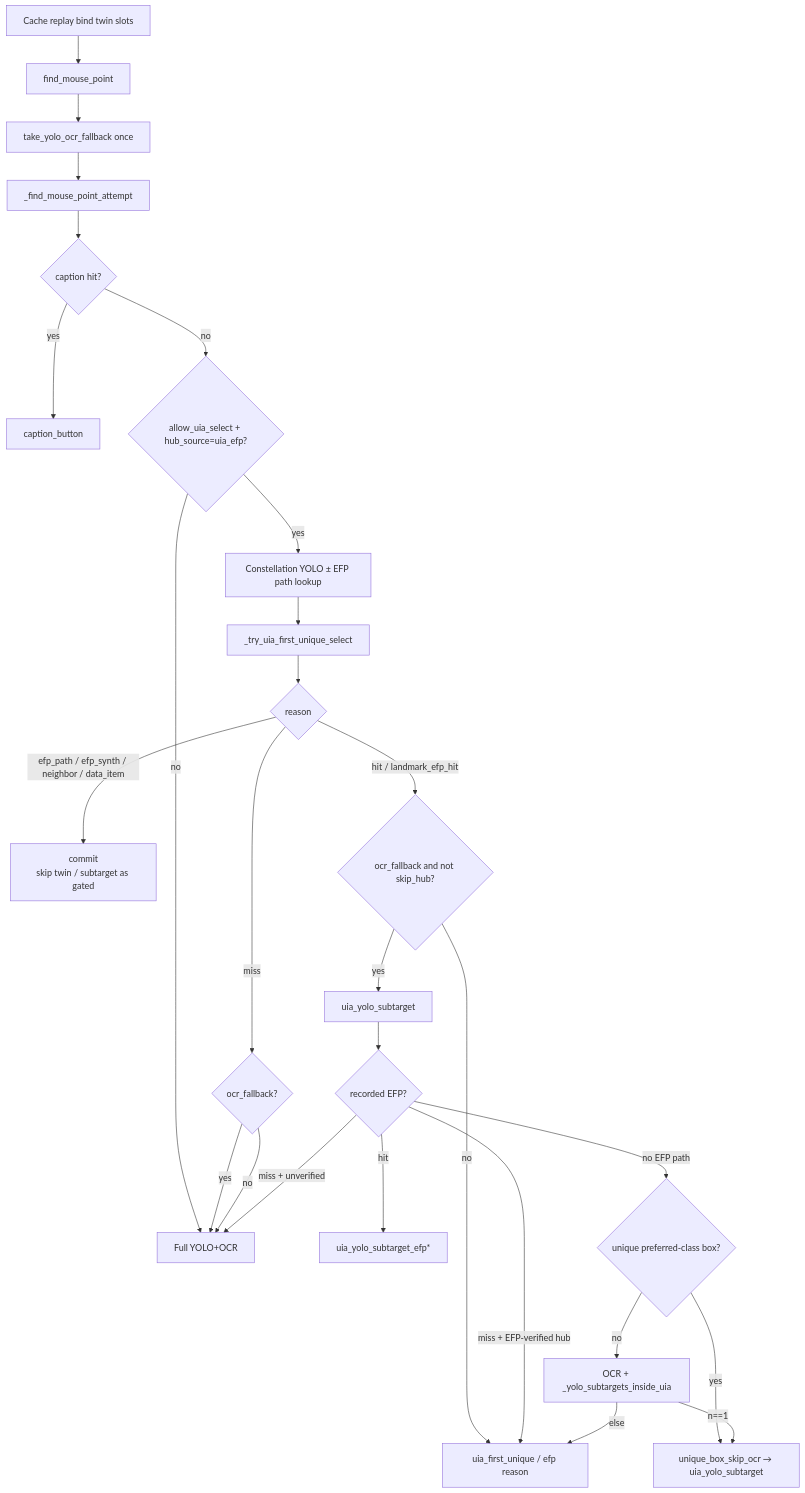
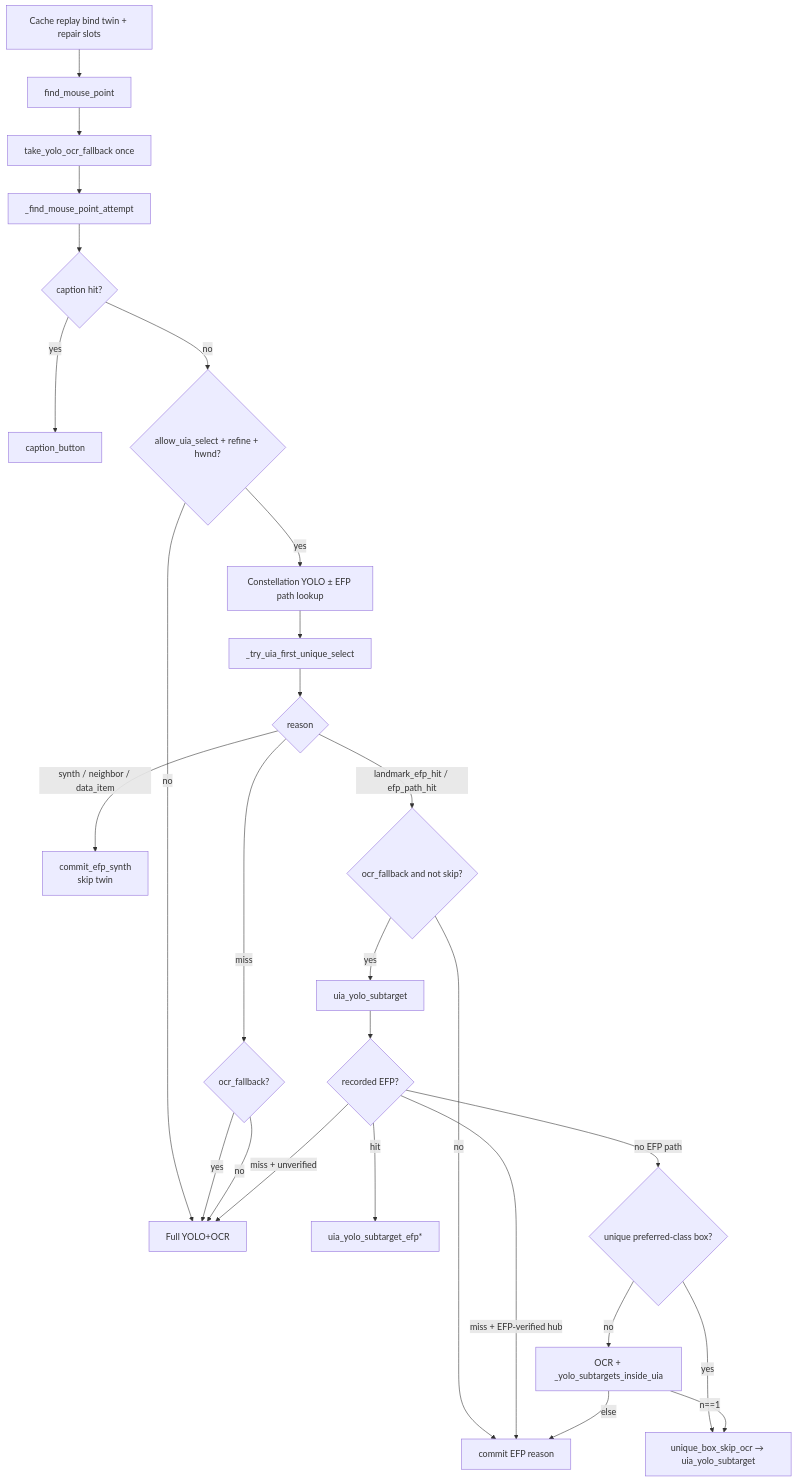
The first of 5 diagrams in docs/replay-flow.md (josephorng/QualityAssuranceAgent), drawn with Mermaid before and after one commit. The commit also changed other lines of this file and 7 other files, not shown here.

First line of the commit message:
Skip uniqueness-grow on UIA EFP hubs to fix Excel analysis stalls.

````diff
--- a/docs/replay-flow.md
+++ b/docs/replay-flow.md
@@ -11,29 +11,29 @@
 ```mermaid
 flowchart TD
-  A[Cache replay bind twin slots] --> B[find_mouse_point]
+  A[Cache replay bind twin + repair slots] --> B[find_mouse_point]
   B --> C[take_yolo_ocr_fallback once]
   C --> D[_find_mouse_point_attempt]
   D --> E{caption hit?}
   E -->|yes| CAP[caption_button]
-  E -->|no| F{allow_uia_select + hub_source=uia_efp?}
+  E -->|no| F{allow_uia_select + refine + hwnd?}
   F -->|no| Y[Full YOLO+OCR]
   F -->|yes| G[Constellation YOLO ± EFP path lookup]
   G --> H[_try_uia_first_unique_select]
   H --> I{reason}
-  I -->|efp_path / efp_synth / neighbor / data_item| J[commit<br/>skip twin / subtarget as gated]
-  I -->|hit / landmark_efp_hit| K{ocr_fallback and not skip_hub?}
+  I -->|synth / neighbor / data_item| J[commit_efp_synth<br/>skip twin]
+  I -->|landmark_efp_hit / efp_path_hit| K{ocr_fallback and not skip?}
   I -->|miss| L{ocr_fallback?}
-  K -->|no| M[uia_first_unique / efp reason]
+  K -->|no| M[commit EFP reason]
   K -->|yes| N[uia_yolo_subtarget]
   L -->|yes| Y
   L -->|no| Y
   N --> O{recorded EFP?}
   O -->|hit| P[uia_yolo_subtarget_efp*]
   O -->|miss + EFP-verified hub| M
   O -->|miss + unverified| Y
   O -->|no EFP path| Q{unique preferred-class box?}
   Q -->|yes| R[unique_box_skip_ocr → uia_yolo_subtarget]
   Q -->|no| S[OCR + _yolo_subtargets_inside_uia]
   S -->|n==1| R
   S -->|else| M
 ```
````
